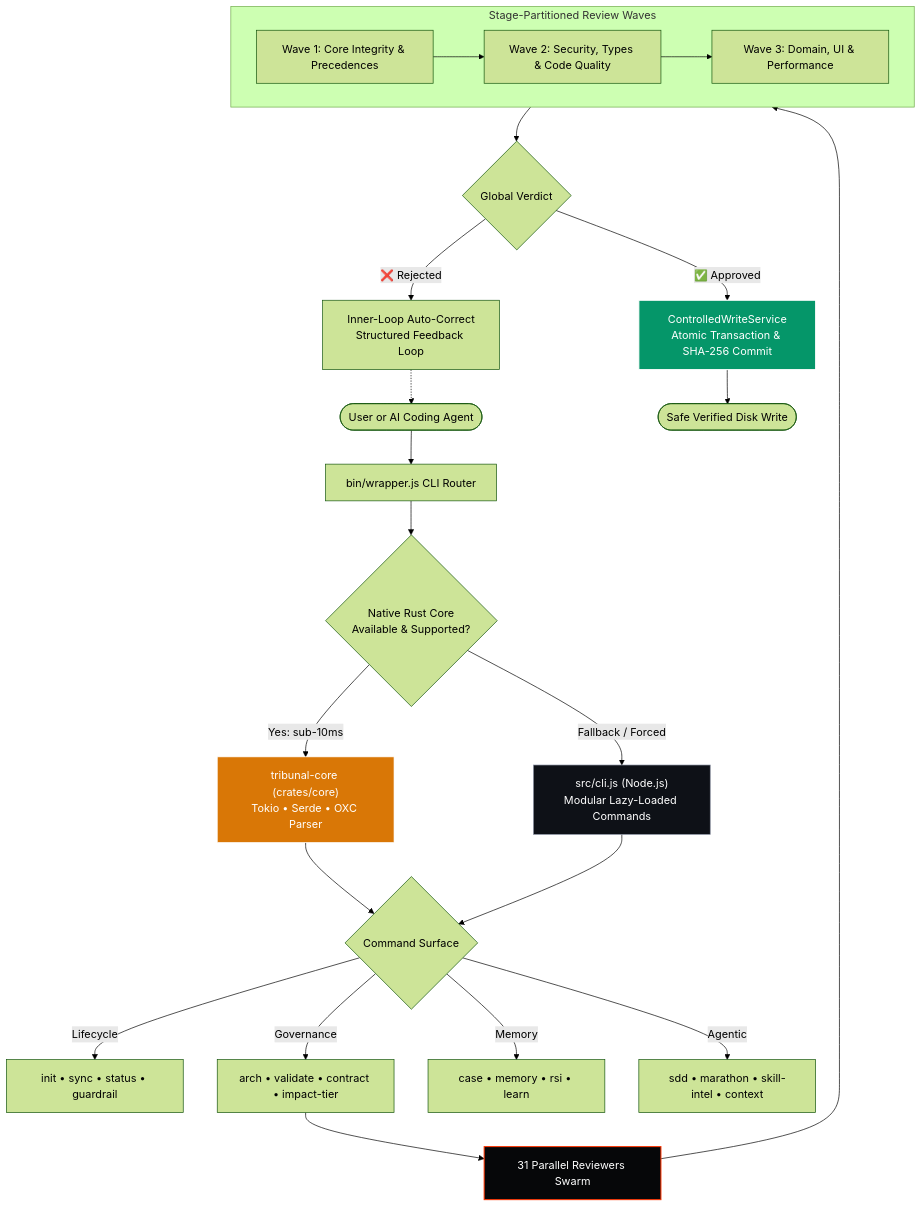
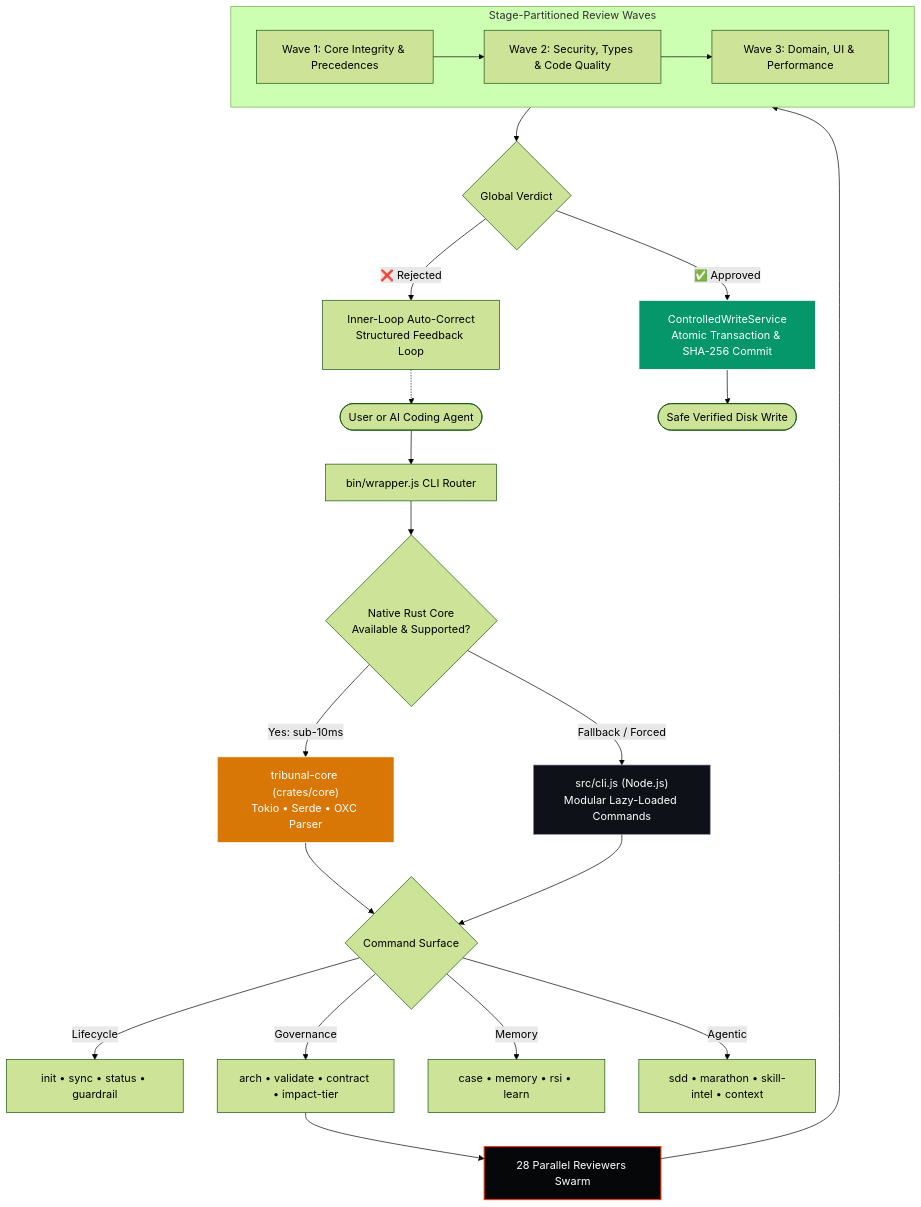
The first of 2 diagrams in README.md (Harmitx7/tribunal-kit), drawn with Mermaid (forest theme) before and after one commit. The commit also changed other lines of this file and 614 other files, not shown here.

````diff
--- a/README.md
+++ b/README.md
@@ -247,38 +247,38 @@
 ```mermaid
 flowchart TD
     User([User or AI Coding Agent]) --> Wrapper[bin/wrapper.js CLI Router]
 
     Wrapper --> EngineCheck{Native Rust Core<br/>Available & Supported?}
     EngineCheck -->|Yes: sub-10ms| RustCore["tribunal-core (crates/core)<br/>Tokio • Serde • OXC Parser"]
     EngineCheck -->|Fallback / Forced| JSEngine["src/cli.js (Node.js)<br/>Modular Lazy-Loaded Commands"]
 
     RustCore --> Router{Command Surface}
     JSEngine --> Router
 
     Router -->|Lifecycle| C1["init • sync • status • guardrail"]
     Router -->|Governance| C2["arch • validate • contract • impact-tier"]
     Router -->|Memory| C3["case • memory • rsi • learn"]
     Router -->|Agentic| C4["sdd • marathon • skill-intel • context"]
 
-    C2 --> Swarm["31 Parallel Reviewers Swarm"]
+    C2 --> Swarm["28 Parallel Reviewers Swarm"]
 
     subgraph Waves [Stage-Partitioned Review Waves]
         W1["Wave 1: Core Integrity & Precedences"]
         W2["Wave 2: Security, Types & Code Quality"]
         W3["Wave 3: Domain, UI & Performance"]
         W1 --> W2 --> W3
     end
 
     Swarm --> Waves
     Waves --> VerdictCheck{Global Verdict}
 
     VerdictCheck -->|❌ Rejected| AutoCorrect["Inner-Loop Auto-Correct<br/>Structured Feedback Loop"]
     AutoCorrect -.-> User
     VerdictCheck -->|✅ Approved| ControlledWrite["ControlledWriteService<br/>Atomic Transaction & SHA-256 Commit"]
     ControlledWrite --> SafeDisk([Safe Verified Disk Write])
 
     style RustCore fill:#d97706,stroke:#fff,stroke-width:1px,color:#fff
     style JSEngine fill:#0e1117,stroke:#8a92a3,stroke-width:1px,color:#fff
     style Swarm fill:#060709,stroke:#ff3300,stroke-width:1.5px,color:#fff
     style ControlledWrite fill:#059669,stroke:#fff,stroke-width:1.5px,color:#fff
 ```
````
